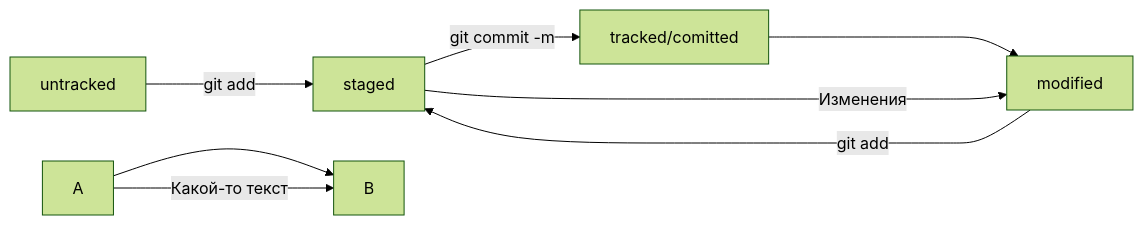
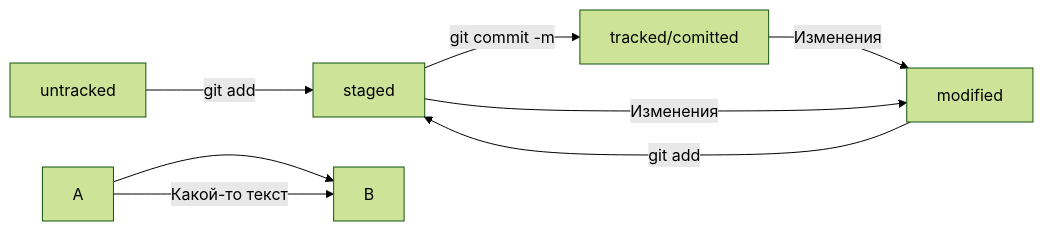
One commit to Djogger/git-hints changed the diagram in README.md. Above: the diagram before and after it, drawn with Mermaid (forest theme). The commit also changed 1 other file, not shown here.

Commit message:
Добавить код для схемы и текстовый файл.

````diff
--- a/README.md
+++ b/README.md
@@ -7,14 +7,14 @@
 ```mermaid
 graph LR;
   untracked -- "git add" --> staged;
   staged    -- "git commit -m"     --> tracked/comitted;
-  tracked/comitted ----> modified;
+  tracked/comitted -- "Изменения" --> modified;
   modified -- "git add" --> staged;
   staged -- "Изменения" --> modified;
 
 %% стрелка без текста для примера: 
   A --> B;
 
 %% стрелка с текстом для примера: 
   A -- "Какой-то текст" --> B;  
 ``` 
````
